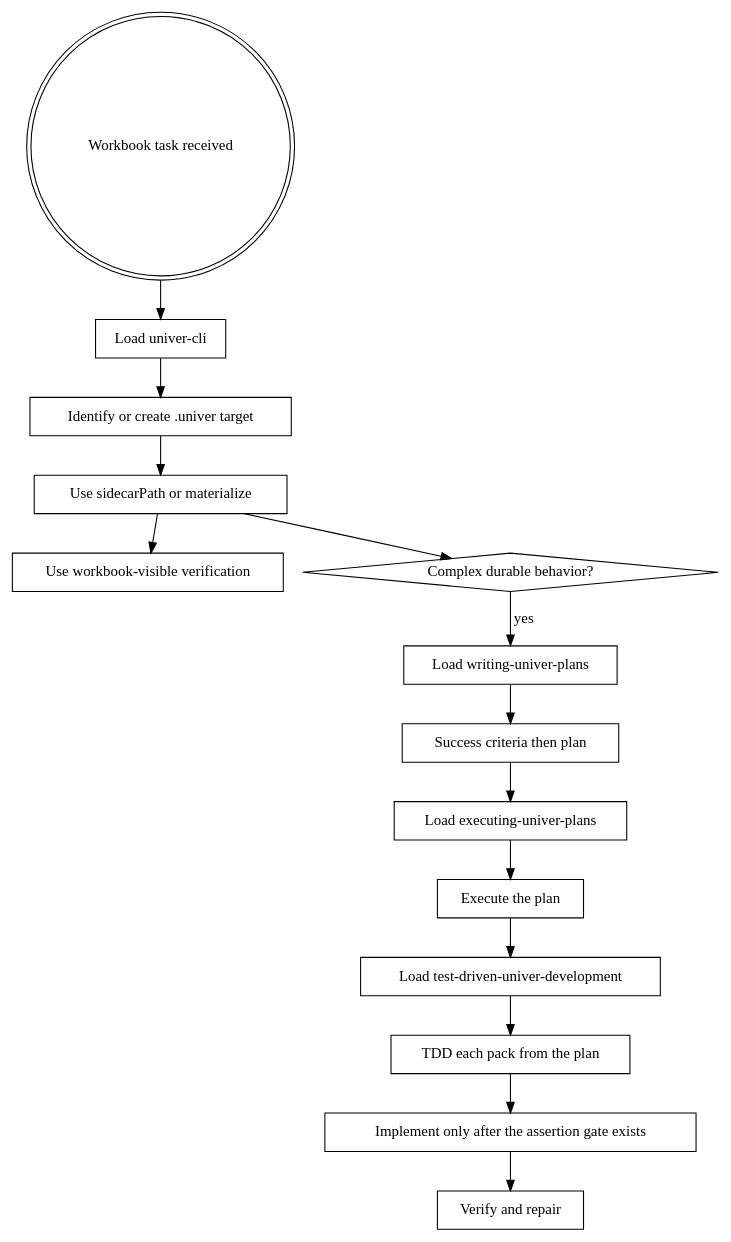
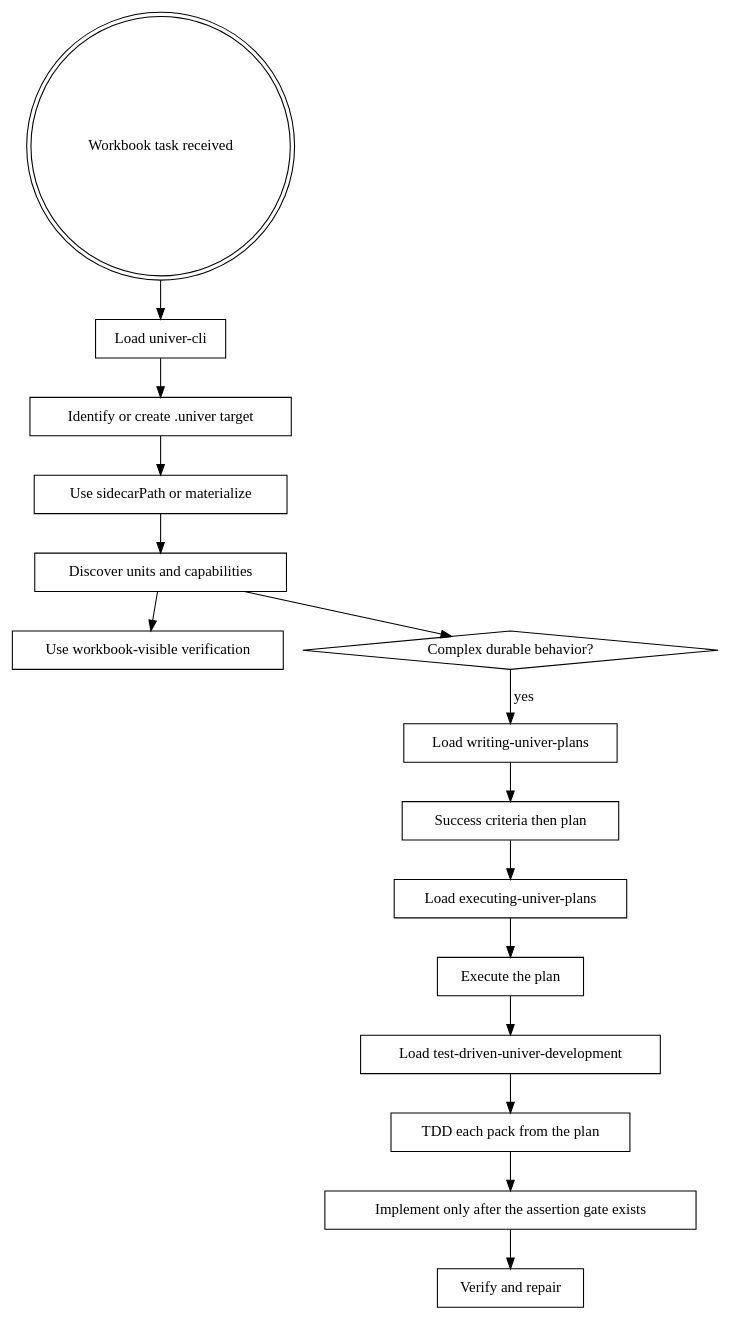
The diagram in skills/using-univer-cli/SKILL.md (dream-num/skills), drawn with Graphviz before and after one commit. The commit also changed other lines of this file and 6 other files, not shown here.

````diff
--- a/skills/using-univer-cli/SKILL.md
+++ b/skills/using-univer-cli/SKILL.md
@@ -23,32 +23,34 @@
 ```dot
 digraph using_univer_cli {
     "Workbook task received" [shape=doublecircle];
     "Load univer-cli" [shape=box];
     "Identify or create .univer target" [shape=box];
     "Use sidecarPath or materialize" [shape=box];
+    "Discover units and capabilities" [shape=box];
     "Use workbook-visible verification" [shape=box];
     "Complex durable behavior?" [shape=diamond];
     "Load writing-univer-plans" [shape=box];
     "Success criteria then plan" [shape=box];
     "Load executing-univer-plans" [shape=box];
     "Execute the plan" [shape=box];
     "Load test-driven-univer-development" [shape=box];
     "TDD each pack from the plan" [shape=box];
     "Implement only after the assertion gate exists" [shape=box];
     "Verify and repair" [shape=box];
 
     "Workbook task received" -> "Load univer-cli";
     "Load univer-cli" -> "Identify or create .univer target";
     "Identify or create .univer target" -> "Use sidecarPath or materialize";
-    "Use sidecarPath or materialize" -> "Use workbook-visible verification";
-    "Use sidecarPath or materialize" -> "Complex durable behavior?";
+    "Use sidecarPath or materialize" -> "Discover units and capabilities";
+    "Discover units and capabilities" -> "Use workbook-visible verification";
+    "Discover units and capabilities" -> "Complex durable behavior?";
     "Complex durable behavior?" -> "Load writing-univer-plans" [label="yes"];
     "Load writing-univer-plans" -> "Success criteria then plan";
     "Success criteria then plan" -> "Load executing-univer-plans";
     "Load executing-univer-plans" -> "Execute the plan";
     "Execute the plan" -> "Load test-driven-univer-development";
     "Load test-driven-univer-development" -> "TDD each pack from the plan";
     "TDD each pack from the plan" -> "Implement only after the assertion gate exists";
     "Implement only after the assertion gate exists" -> "Verify and repair";
 }
 ```
````
